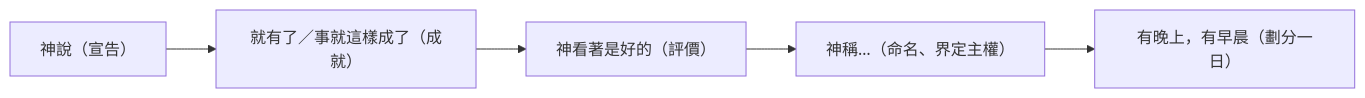
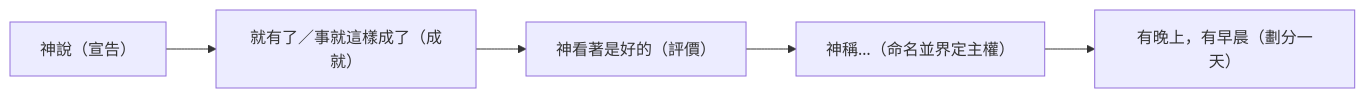
Before and after one commit to andyjr5566/Bible_wiki_zh_website: the diagram in content/01 創世記/第1章.md, drawn with Mermaid. The commit also changed other lines of this file and 998 other files, not shown here.

````diff
--- a/content/01 創世記/第1章.md
+++ b/content/01 創世記/第1章.md
@@ -129,7 +114,7 @@
 ```mermaid
 flowchart LR
   A["神說（宣告）"] --> B["就有了／事就這樣成了（成就）"]
   B --> C["神看著是好的（評價）"]
-  C --> D["神稱…（命名、界定主權）"]
-  D --> E["有晚上，有早晨（劃分一日）"]
+  C --> D["神稱…（命名並界定主權）"]
+  D --> E["有晚上，有早晨（劃分一天）"]
 ```
````
